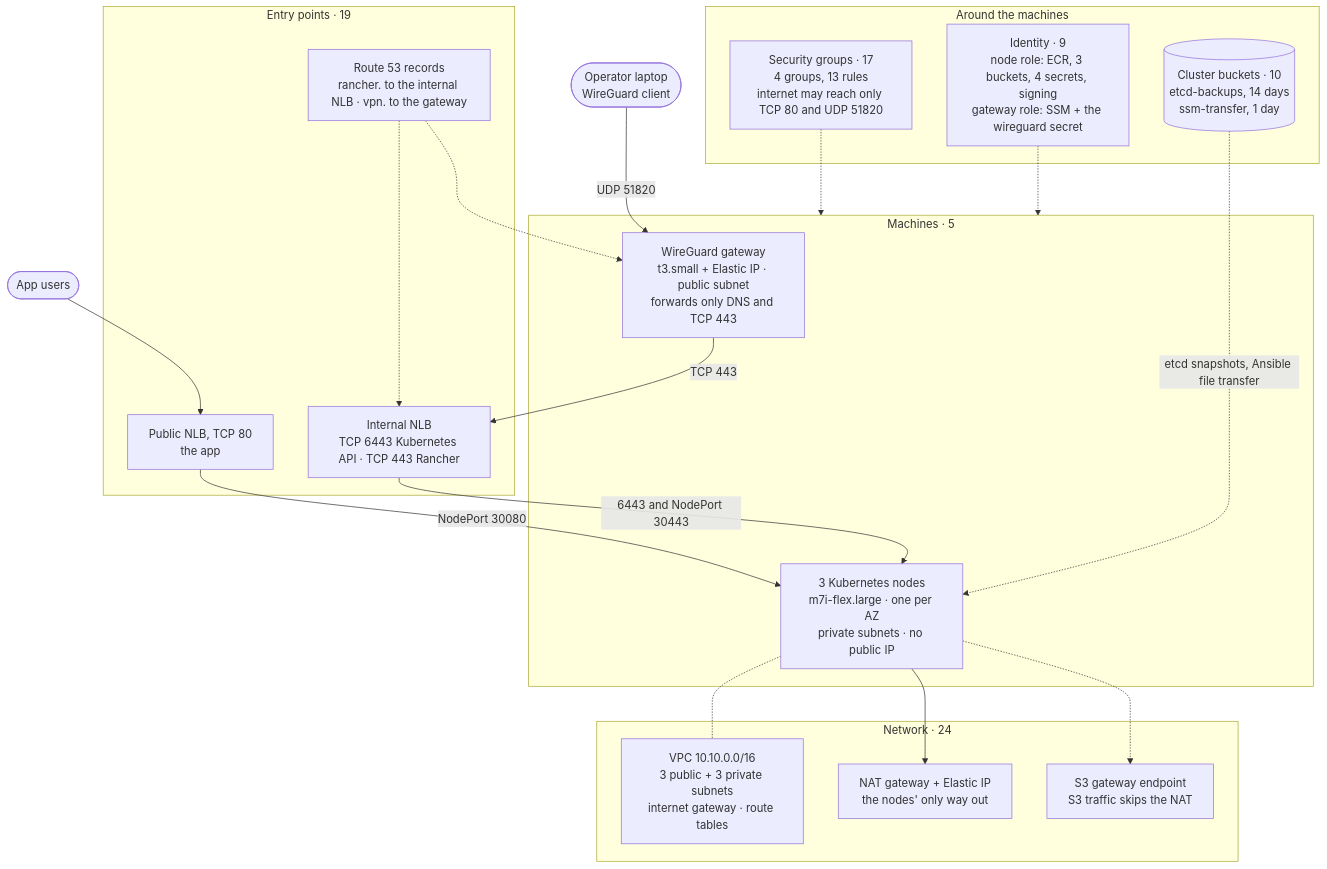
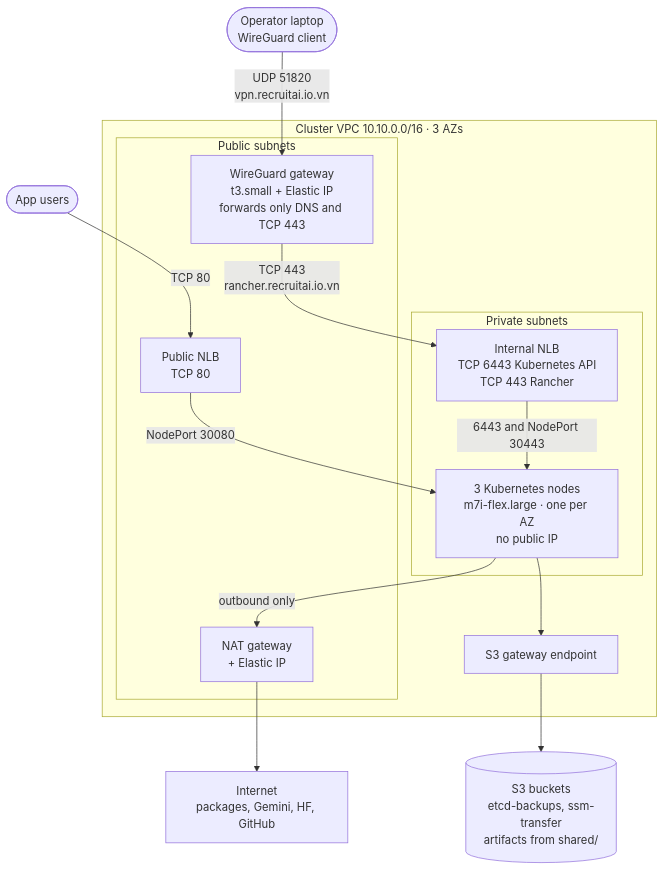
Before and after one commit to biabeogo147/Medical-RAG-Chatbot: the fifth of 6 diagrams in docs/terraform/README.md, drawn with Mermaid. The commit also changed other lines of this file and 1 other file, not shown here.

````diff
--- a/docs/terraform/README.md
+++ b/docs/terraform/README.md
@@ -197,42 +198,28 @@
 ```mermaid
 flowchart TB
-    APPUSER(["App users"])
-    OPERATOR(["Operator laptop<br/>WireGuard client"])
-
-    subgraph ENTRY["Entry points · 19"]
-        PUB["Public NLB, TCP 80<br/>the app"]
-        INT["Internal NLB<br/>TCP 6443 Kubernetes API · TCP 443 Rancher"]
-        REC["Route 53 records<br/>rancher. to the internal NLB · vpn. to the gateway"]
+    USERS(["App users"])
+    OPER(["Operator laptop<br/>WireGuard client"])
+    subgraph CVPC["Cluster VPC 10.10.0.0/16 · 3 AZs"]
+        subgraph PUBSUB["Public subnets"]
+            PNLB["Public NLB<br/>TCP 80"]
+            WG["WireGuard gateway<br/>t3.small + Elastic IP<br/>forwards only DNS and TCP 443"]
+            NAT["NAT gateway<br/>+ Elastic IP"]
+        end
+        subgraph PRIVSUB["Private subnets"]
+            INLB["Internal NLB<br/>TCP 6443 Kubernetes API<br/>TCP 443 Rancher"]
+            NODES["3 Kubernetes nodes<br/>m7i-flex.large · one per AZ<br/>no public IP"]
+        end
+        S3E["S3 gateway endpoint"]
     end
-
-    subgraph MACHINES["Machines · 5"]
-        WG["WireGuard gateway<br/>t3.small + Elastic IP · public subnet<br/>forwards only DNS and TCP 443"]
-        NODES["3 Kubernetes nodes<br/>m7i-flex.large · one per AZ<br/>private subnets · no public IP"]
-    end
-
-    subgraph NET["Network · 24"]
-        VPC["VPC 10.10.0.0/16<br/>3 public + 3 private subnets<br/>internet gateway · route tables"]
-        NAT["NAT gateway + Elastic IP<br/>the nodes' only way out"]
-        S3E["S3 gateway endpoint<br/>S3 traffic skips the NAT"]
-    end
-
-    subgraph SUPPORT["Around the machines"]
-        SG["Security groups · 17<br/>4 groups, 13 rules<br/>internet may reach only TCP 80 and UDP 51820"]
-        IAM["Identity · 9<br/>node role: ECR, 3 buckets, 4 secrets, signing<br/>gateway role: SSM + the wireguard secret"]
-        BKT[("Cluster buckets · 10<br/>etcd-backups, 14 days<br/>ssm-transfer, 1 day")]
-    end
-
-    APPUSER --> PUB
-    OPERATOR -->|"UDP 51820"| WG
-    PUB -->|"NodePort 30080"| NODES
-    WG -->|"TCP 443"| INT
-    INT -->|"6443 and NodePort 30443"| NODES
-    REC -.-> INT
-    REC -.-> WG
-    NODES --> NAT
-    NODES -.-> S3E
-    SG -.-> MACHINES
-    IAM -.-> MACHINES
-    BKT -.->|"etcd snapshots, Ansible file transfer"| NODES
-    NODES -.- VPC
+    OUT["Internet<br/>packages, Gemini, HF, GitHub"]
+    BKT[("S3 buckets<br/>etcd-backups, ssm-transfer<br/>artifacts from shared/")]
+    USERS -->|"TCP 80"| PNLB
+    PNLB -->|"NodePort 30080"| NODES
+    OPER -->|"UDP 51820<br/>vpn.recruitai.io.vn"| WG
+    WG -->|"TCP 443<br/>rancher.recruitai.io.vn"| INLB
+    INLB -->|"6443 and NodePort 30443"| NODES
+    NODES -->|"outbound only"| NAT
+    NAT --> OUT
+    NODES --> S3E
+    S3E --> BKT
 ```
````
